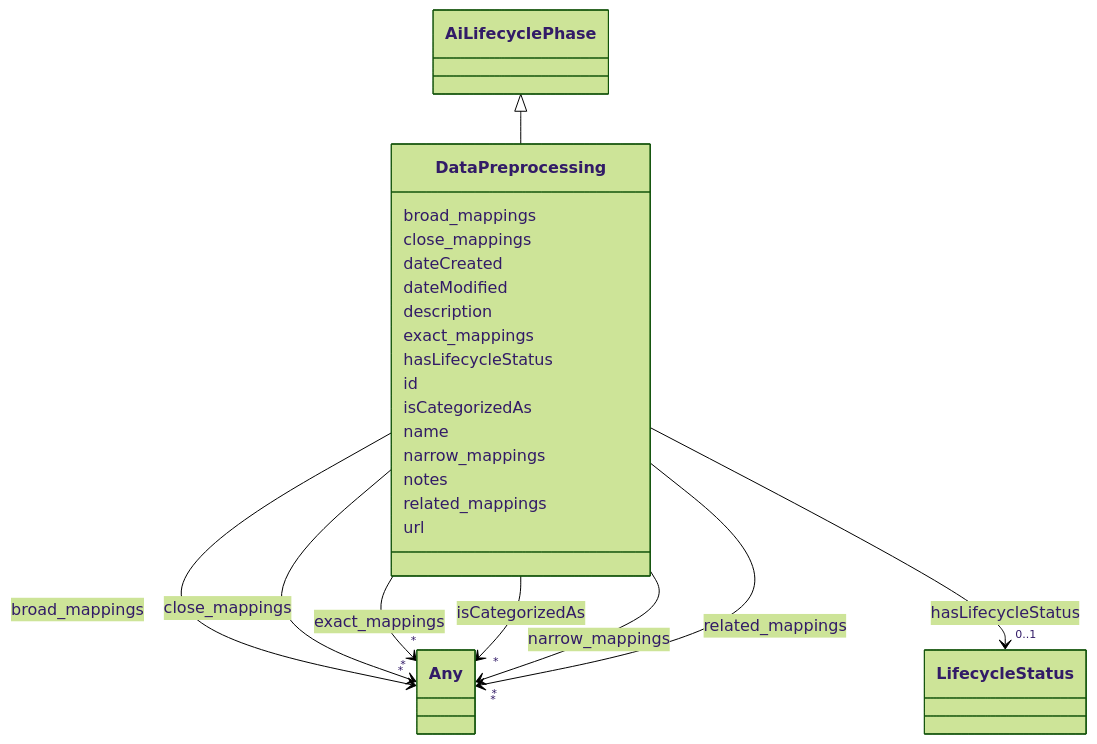
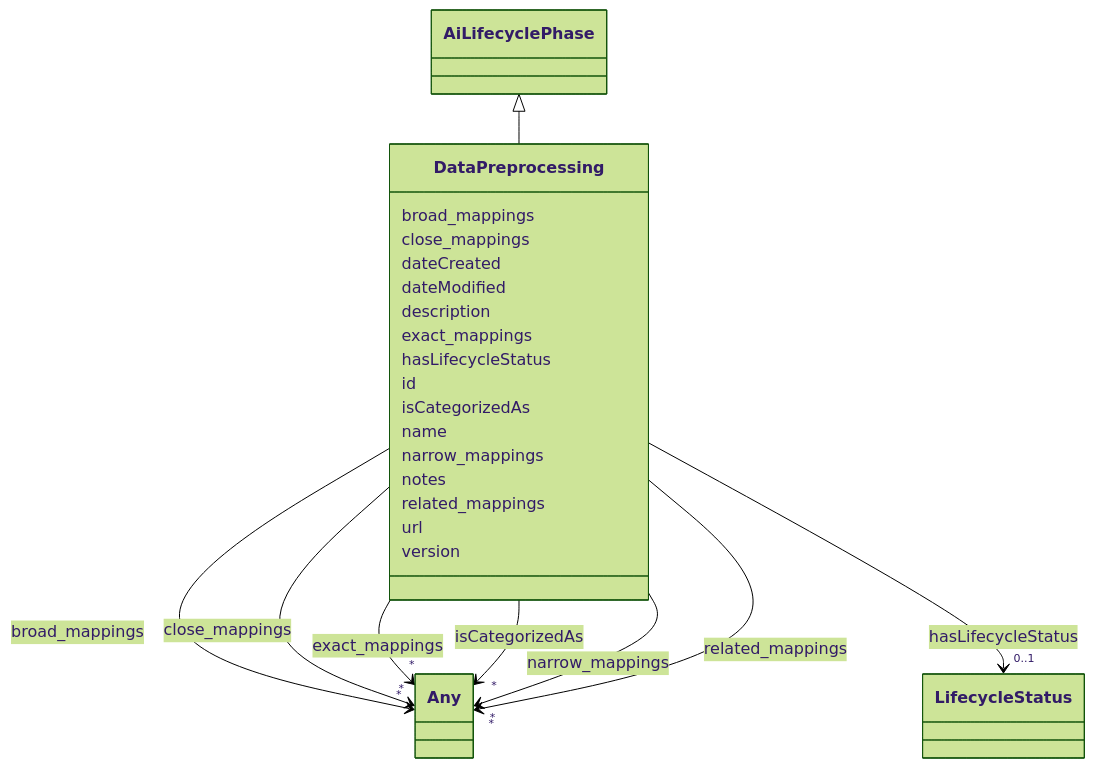
Before and after one commit to IBM/ai-atlas-nexus: the diagram in docs/ontology/DataPreprocessing.md, drawn with Mermaid (forest theme). The commit also changed other lines of this file and 101 other files, not shown here.

````diff
--- a/docs/ontology/DataPreprocessing.md
+++ b/docs/ontology/DataPreprocessing.md
@@ -109,5 +109,7 @@
 
       DataPreprocessing : url
 
+      DataPreprocessing : version
+
 
 ```
````
